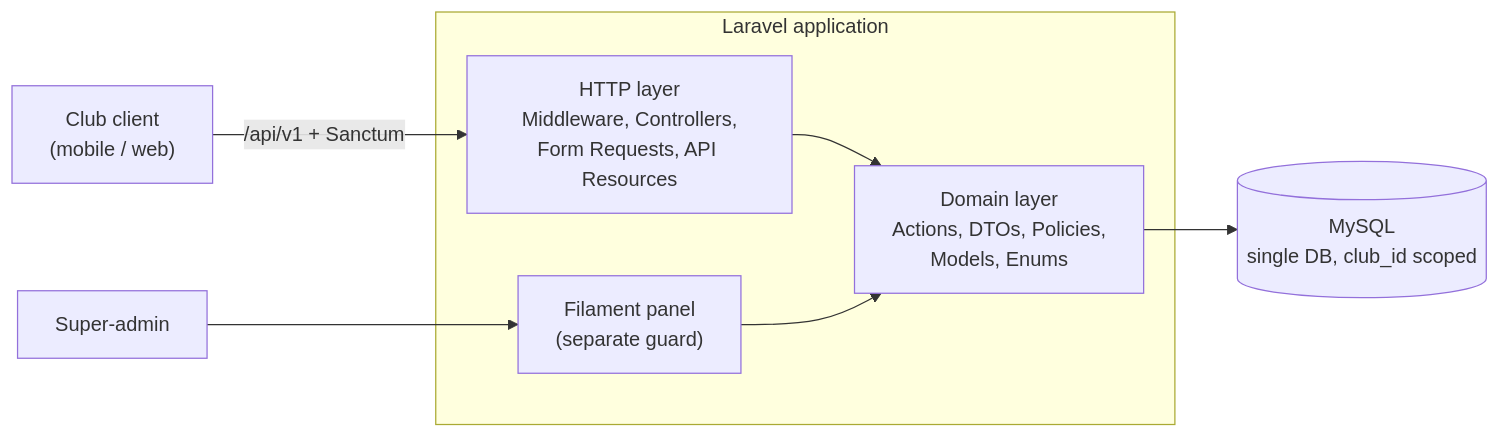
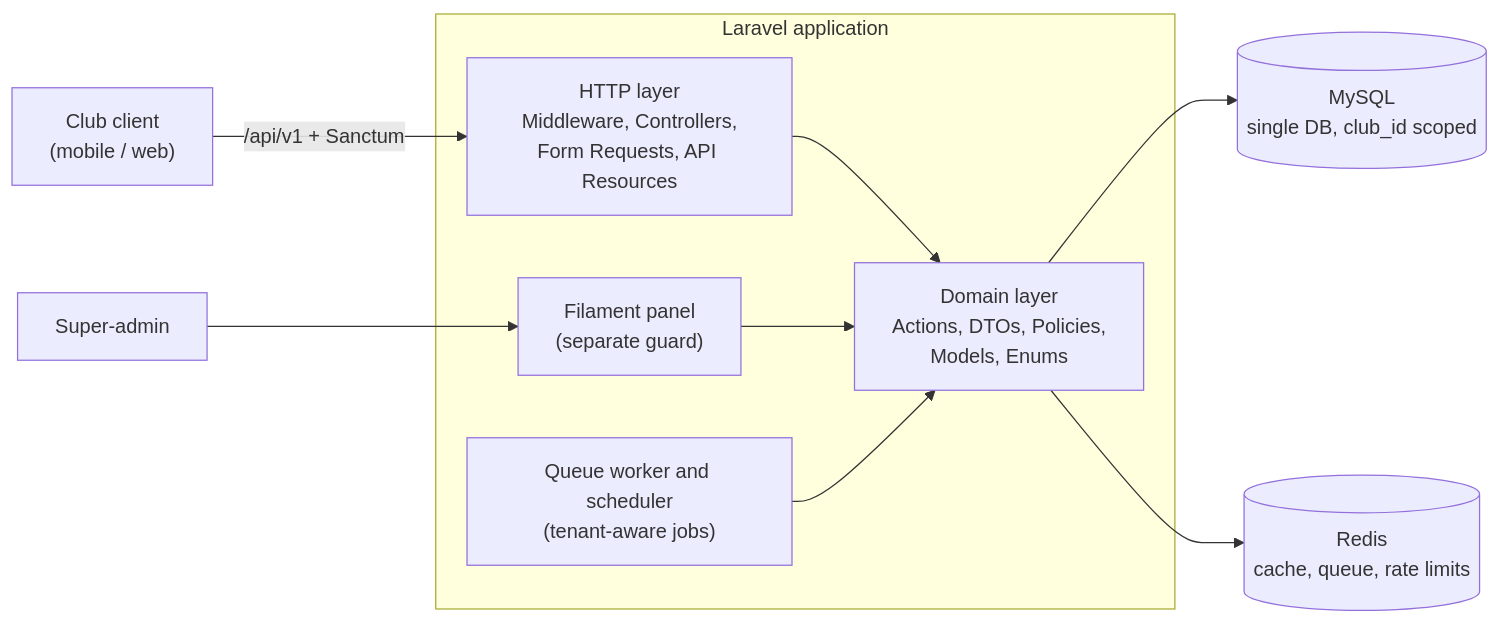
One commit to MahmoudNagah999/RYADA changed the diagram in README.md. Above: the diagram before and after it, drawn with Mermaid. The commit also changed other lines of this file and 1 other file, not shown here.

Commit message:
docs(roadmap): mark #33 done and record performance conventions

````diff
--- a/README.md
+++ b/README.md
@@ -20,14 +22,17 @@
 ```mermaid
 flowchart LR
     Client["Club client<br/>(mobile / web)"] -->|"/api/v1 + Sanctum"| API
     SuperAdmin["Super-admin"] --> Filament["Filament panel<br/>(separate guard)"]
 
     subgraph App["Laravel application"]
         API["HTTP layer<br/>Middleware, Controllers,<br/>Form Requests, API Resources"]
         Domain["Domain layer<br/>Actions, DTOs, Policies,<br/>Models, Enums"]
+        Worker["Queue worker and scheduler<br/>(tenant-aware jobs)"]
         API --> Domain
         Filament --> Domain
+        Worker --> Domain
     end
 
     Domain --> DB[("MySQL<br/>single DB, club_id scoped")]
+    Domain --> Redis[("Redis<br/>cache, queue, rate limits")]
 ```
````
